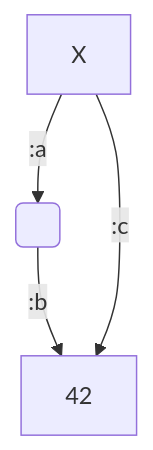
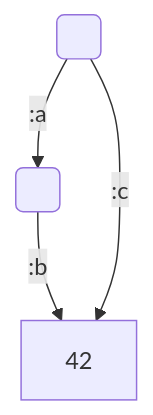
One commit to ekoontz/dag-unify changed the fourth of 4 diagrams in README.md. Above: the diagram before and after it, drawn with Mermaid.

Commit message:
doc improvements

````diff
--- a/README.md
+++ b/README.md
@@ -202,6 +202,6 @@
 ```mermaid
 graph TD
-	X --> |:a| B( )
+	X( ) --> |:a| B( )
     B   --> |:b| D[42]
-    X --> |:c| D
+    X( ) --> |:c| D
 ```
````
